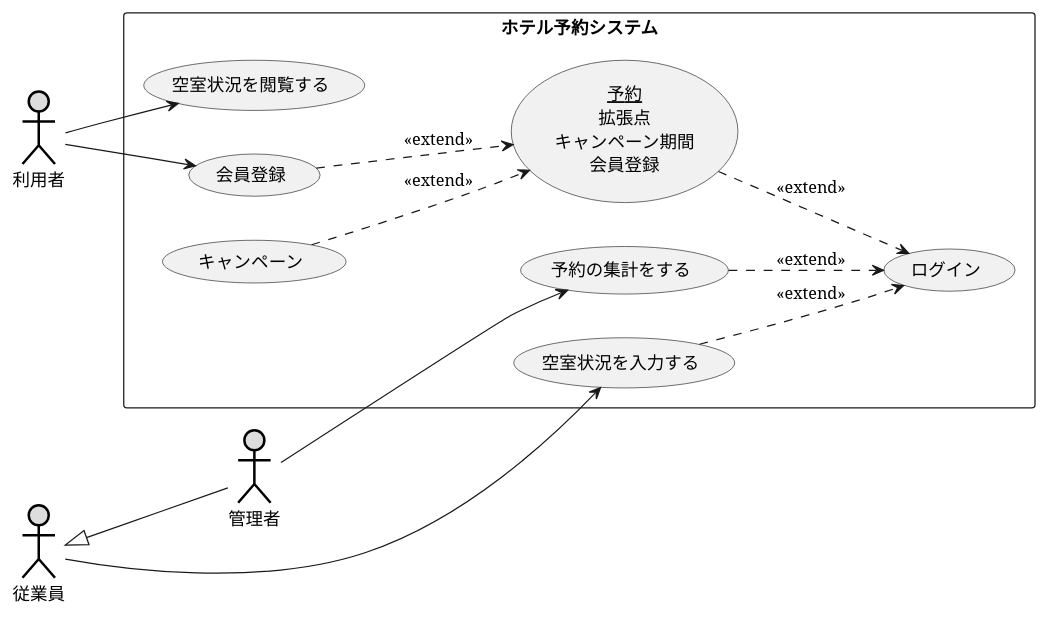
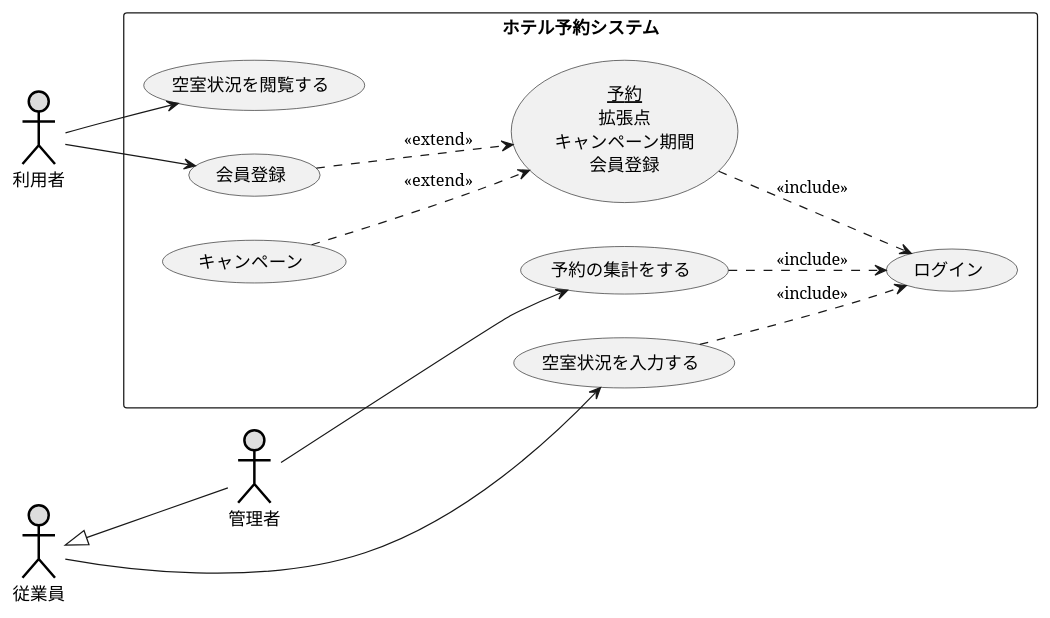
Before and after one commit to a-tamura22/uml-introduction: the diagram in 演習2-8_UC_ホテル予約システム.pu, drawn with PlantUML. The commit also changed 1 other file, not shown here.

```diff
--- a/演習2-8_UC_ホテル予約システム.pu
+++ b/演習2-8_UC_ホテル予約システム.pu
@@ -1,28 +1,28 @@
 @startuml ユースケース図
 left to right direction
 
      actor 利用者 #DDDDDD;line:black;line.bold;
      actor 従業員 #DDDDDD;line:black;line.bold;
      actor 管理者 #DDDDDD;line:black;line.bold;
 
 rectangle ホテル予約システム {
 usecase 空室状況を閲覧する
 usecase 予約の集計をする
 usecase 会員登録
 usecase (<u>予約</u>\n拡張点\nキャンペーン期間\n会員登録) as A
 usecase ログイン
 usecase 空室状況を入力する
 usecase キャンペーン
 }
 キャンペーン ..>(A) : <<extend>>
 利用者-->会員登録
 利用者-->空室状況を閲覧する
 従業員-->空室状況を入力する
 従業員<|--管理者
 管理者-->予約の集計をする
 会員登録 ..>(A) : <<extend>>
-A ..>(ログイン) : <<extend>>
-予約の集計をする ..>(ログイン) : <<extend>>
-空室状況を入力する ..>(ログイン) : <<extend>>
+A ..>(ログイン) : <<include>>
+予約の集計をする ..>(ログイン) : <<include>>
+空室状況を入力する ..>(ログイン) : <<include>>
 
 @enduml
```
